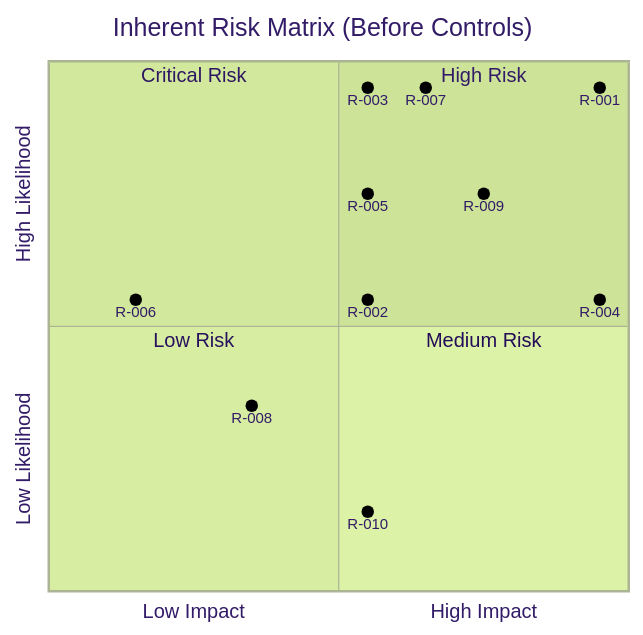
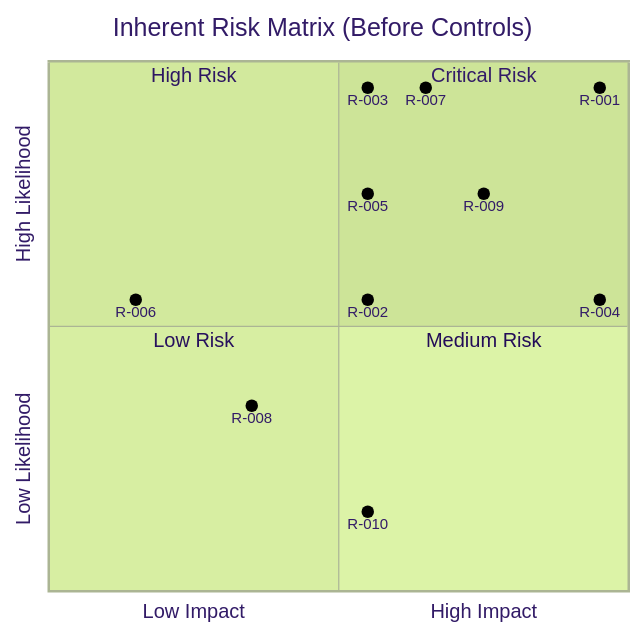
Before and after one commit to tractorjuice/arckit-test-project-v16-doctors-appointment: the first of 2 diagrams in .arckit/templates/risk-register-template.md, drawn with Mermaid (forest theme). The commit also changed other lines of this file and 4 other files, not shown here.

First line of the commit message:
fix: improve Mermaid quadrantChart readability

````diff
--- a/.arckit/templates/risk-register-template.md
+++ b/.arckit/templates/risk-register-template.md
@@ -99,20 +99,20 @@
 ```mermaid
 quadrantChart
     title Inherent Risk Matrix (Before Controls)
     x-axis Low Impact --> High Impact
     y-axis Low Likelihood --> High Likelihood
-    quadrant-1 High Risk
-    quadrant-2 Critical Risk
+    quadrant-1 Critical Risk
+    quadrant-2 High Risk
     quadrant-3 Low Risk
     quadrant-4 Medium Risk
     R-001: [0.95, 0.95]
     R-003: [0.55, 0.95]
     R-007: [0.65, 0.95]
     R-004: [0.95, 0.55]
     R-005: [0.55, 0.75]
     R-009: [0.75, 0.75]
     R-002: [0.55, 0.55]
     R-006: [0.15, 0.55]
     R-008: [0.35, 0.35]
     R-010: [0.55, 0.15]
 ```
````
